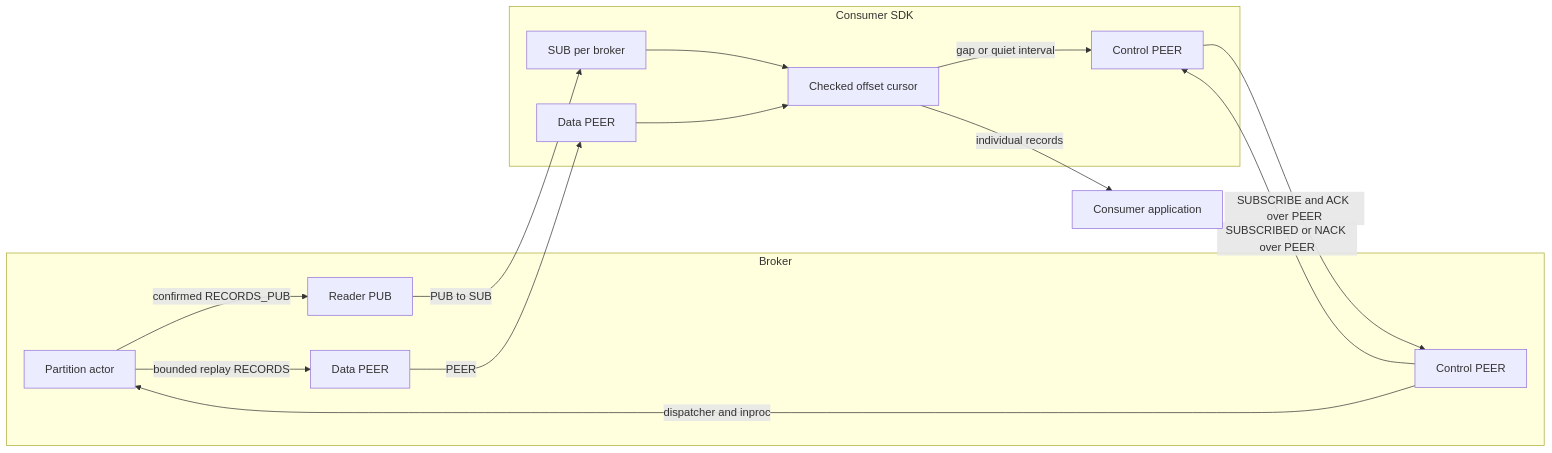
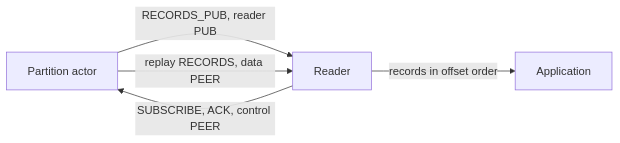
Before and after one commit to paddor/ozzy: the second of 2 diagrams in doc/OVERVIEW.md, drawn with Mermaid. The commit also changed other lines of this file and 801 other files, not shown here.

````diff
--- a/doc/OVERVIEW.md
+++ b/doc/OVERVIEW.md
@@ -77,27 +115,7 @@
 ```mermaid
 flowchart LR
-    subgraph B[Broker]
-        P[Partition actor]
-        PUB[Reader PUB]
-        BD[Data PEER]
-        BC[Control PEER]
-    end
-    subgraph SDK[Consumer SDK]
-        SUB[SUB per broker]
-        CD[Data PEER]
-        CC[Control PEER]
-        R[Checked offset cursor]
-    end
-    A[Consumer application]
-    P -->|confirmed RECORDS_PUB| PUB
-    PUB -->|PUB to SUB| SUB
-    SUB --> R
-    CC -->|SUBSCRIBE and ACK over PEER| BC
-    BC -->|SUBSCRIBED or NACK over PEER| CC
-    BC -->|dispatcher and inproc| P
-    P -->|bounded replay RECORDS| BD
-    BD -->|PEER| CD
-    CD --> R
-    R -->|individual records| A
-    R -->|gap or quiet interval| CC
+    P[Partition actor] -->|RECORDS_PUB, reader PUB| R[Reader]
+    R -->|SUBSCRIBE, ACK, control PEER| P
+    P -->|replay RECORDS, data PEER| R
+    R -->|records in offset order| A[Application]
 ```
````
